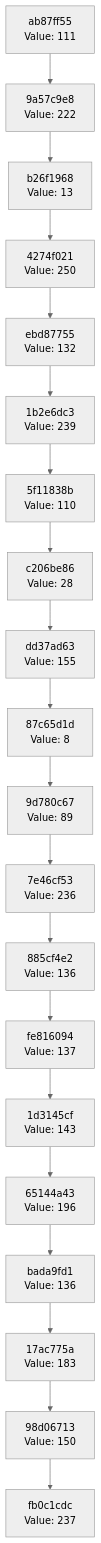
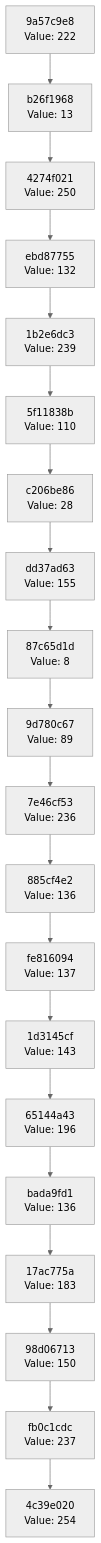
One commit to Abhisheksinha1506/hash-chain-evolver changed the diagram in docs/CHAIN_VISUALIZATION.md. Above: the diagram before and after it, drawn with Mermaid (neutral theme). The commit also changed 3 other files, not shown here.

````diff
--- a/docs/CHAIN_VISUALIZATION.md
+++ b/docs/CHAIN_VISUALIZATION.md
@@ -3,42 +3,42 @@
 ```mermaid
 graph TD
-    C0["fb0c1cdc<br/>Value: 237"]
-    C1["98d06713<br/>Value: 150"]
+    C0["4c39e020<br/>Value: 254"]
+    C1["fb0c1cdc<br/>Value: 237"]
     C1 --> C0
-    C2["17ac775a<br/>Value: 183"]
+    C2["98d06713<br/>Value: 150"]
     C2 --> C1
-    C3["bada9fd1<br/>Value: 136"]
+    C3["17ac775a<br/>Value: 183"]
     C3 --> C2
-    C4["65144a43<br/>Value: 196"]
+    C4["bada9fd1<br/>Value: 136"]
     C4 --> C3
-    C5["1d3145cf<br/>Value: 143"]
+    C5["65144a43<br/>Value: 196"]
     C5 --> C4
-    C6["fe816094<br/>Value: 137"]
+    C6["1d3145cf<br/>Value: 143"]
     C6 --> C5
-    C7["885cf4e2<br/>Value: 136"]
+    C7["fe816094<br/>Value: 137"]
     C7 --> C6
-    C8["7e46cf53<br/>Value: 236"]
+    C8["885cf4e2<br/>Value: 136"]
     C8 --> C7
-    C9["9d780c67<br/>Value: 89"]
+    C9["7e46cf53<br/>Value: 236"]
     C9 --> C8
-    C10["87c65d1d<br/>Value: 8"]
+    C10["9d780c67<br/>Value: 89"]
     C10 --> C9
-    C11["dd37ad63<br/>Value: 155"]
+    C11["87c65d1d<br/>Value: 8"]
     C11 --> C10
-    C12["c206be86<br/>Value: 28"]
+    C12["dd37ad63<br/>Value: 155"]
     C12 --> C11
-    C13["5f11838b<br/>Value: 110"]
+    C13["c206be86<br/>Value: 28"]
     C13 --> C12
-    C14["1b2e6dc3<br/>Value: 239"]
+    C14["5f11838b<br/>Value: 110"]
     C14 --> C13
-    C15["ebd87755<br/>Value: 132"]
+    C15["1b2e6dc3<br/>Value: 239"]
     C15 --> C14
-    C16["4274f021<br/>Value: 250"]
+    C16["ebd87755<br/>Value: 132"]
     C16 --> C15
-    C17["b26f1968<br/>Value: 13"]
+    C17["4274f021<br/>Value: 250"]
     C17 --> C16
-    C18["9a57c9e8<br/>Value: 222"]
+    C18["b26f1968<br/>Value: 13"]
     C18 --> C17
-    C19["ab87ff55<br/>Value: 111"]
+    C19["9a57c9e8<br/>Value: 222"]
     C19 --> C18
 ```
````
